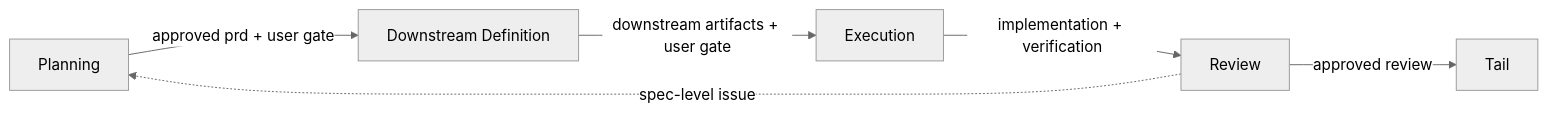
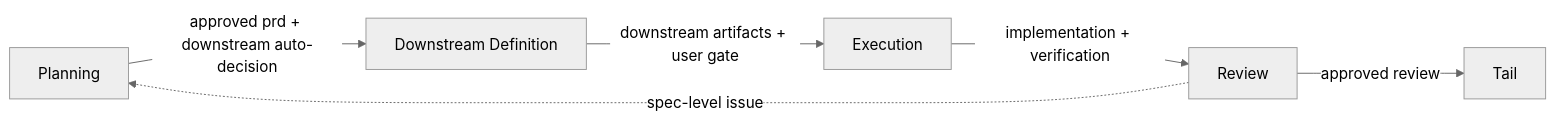
The diagram in README.md (Conradmaker/copilot-cockpit), drawn with Mermaid (neutral theme) before and after one commit. The commit also changed other lines of this file and 17 other files, not shown here.

First line of the commit message:
refactor(agent-system): 전체 에이전트 모델 라인업 교체, Plan 에이전트 추가 및 fast 워크플로우 시스템 도입

````diff
--- a/README.md
+++ b/README.md
@@ -61,14 +61,14 @@
 ```mermaid
 flowchart LR
     P[Planning]
     D[Downstream Definition]
     E[Execution]
     R[Review]
     T[Tail]
 
-    P -->|approved prd + user gate| D
+    P -->|approved prd + downstream auto-decision| D
     D -->|downstream artifacts + user gate| E
     E -->|implementation + verification| R
     R -->|approved review| T
     R -.->|spec-level issue| P
 ```
````
